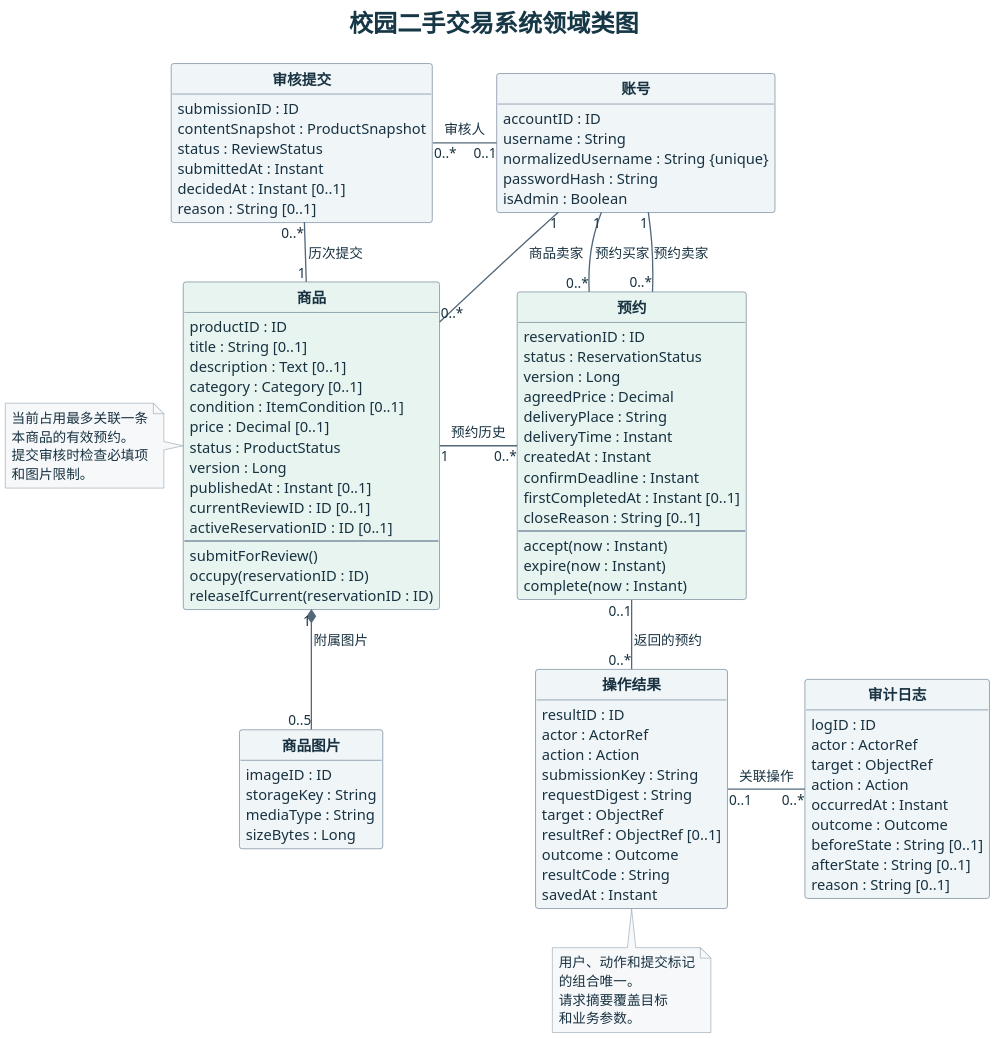
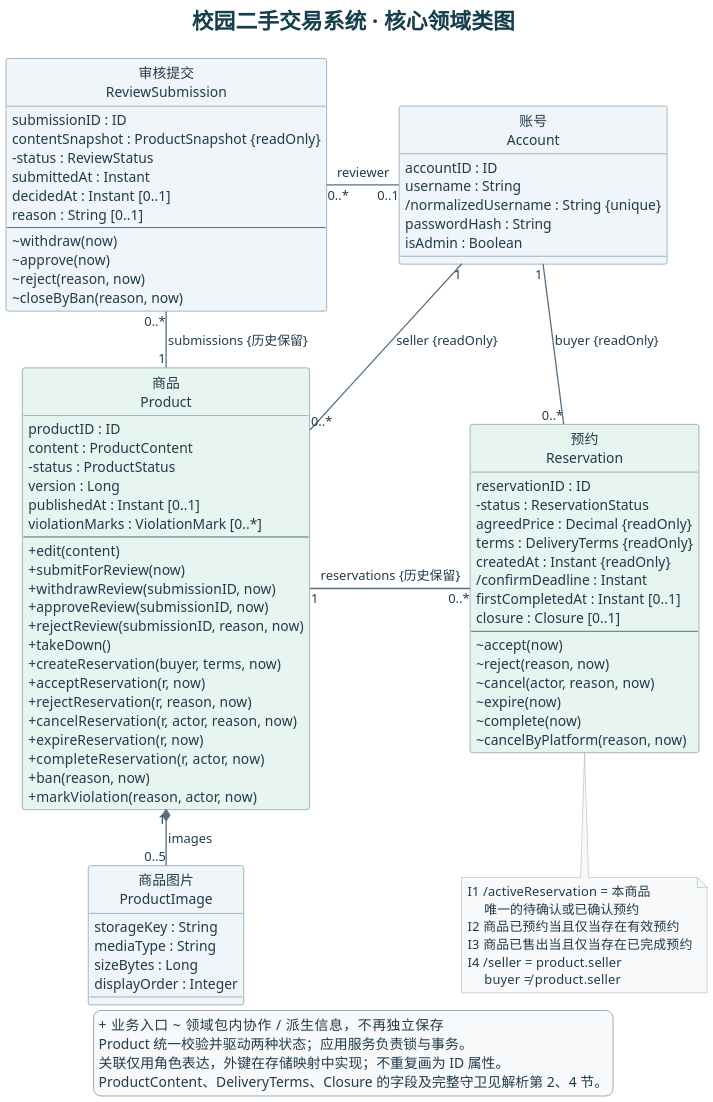
The diagram in 实验二/UML/UML类图.puml (gggggg198/secondhand-trading-software), drawn with PlantUML before and after one commit. The commit also changed 63 other files, not shown here.

```diff
--- a/实验二/UML/UML类图.puml
+++ b/实验二/UML/UML类图.puml
@@ -1,134 +1,124 @@
 @startuml
+
+skinparam dpi 170
+skinparam defaultFontName Microsoft YaHei
+skinparam defaultFontColor #213B4B
+skinparam titleFontColor #163E4C
+skinparam titleFontSize 22
+skinparam shadowing false
+skinparam ArrowColor #567083
+skinparam ArrowThickness 1.3
+skinparam nodesep 36
+skinparam ranksep 38
+skinparam noteBackgroundColor #F7F9FB
+skinparam noteBorderColor #99ABB8
+skinparam noteFontSize 13
+skinparam legendBackgroundColor #F7F9FB
+skinparam legendBorderColor #99ABB8
+
 !pragma layout smetana
-title 校园二手交易系统领域类图
-
 hide circle
-hide empty methods
-skinparam dpi 180
-skinparam defaultFontName Microsoft YaHei
-skinparam defaultFontColor #183241
-skinparam titleFontSize 23
-skinparam shadowing false
-skinparam titleFontColor #153746
-skinparam ArrowThickness 1.25
-skinparam nodesep 36
-skinparam ranksep 40
-skinparam classFontStyle bold
+skinparam classAttributeIconSize 0
+skinparam classBackgroundColor #EFF5F8
+skinparam classBorderColor #507084
 skinparam classFontSize 17
 skinparam classAttributeFontSize 14
 skinparam classArrowFontSize 13
-skinparam ArrowColor #52677A
-skinparam classAttributeIconSize 0
-skinparam classBackgroundColor #F0F5F8
-skinparam classBorderColor #45617A
-skinparam noteBackgroundColor #F6F8FA
-skinparam noteBorderColor #8797A5
 
-class "账号" as Account {
+title 校园二手交易系统 · 核心领域类图
+
+class "账号\nAccount" as Account {
   accountID : ID
   username : String
-  normalizedUsername : String {unique}
+  /normalizedUsername : String {unique}
   passwordHash : String
   isAdmin : Boolean
 }
 
-class "商品" as Product #E7F4EF {
+class "商品\nProduct" as Product #E8F4EF {
   productID : ID
-  title : String [0..1]
-  description : Text [0..1]
-  category : Category [0..1]
-  condition : ItemCondition [0..1]
-  price : Decimal [0..1]
-  status : ProductStatus
+  content : ProductContent
+  -status : ProductStatus
   version : Long
   publishedAt : Instant [0..1]
-  currentReviewID : ID [0..1]
-  activeReservationID : ID [0..1]
+  violationMarks : ViolationMark [0..*]
   --
-  submitForReview()
-  occupy(reservationID : ID)
-  releaseIfCurrent(reservationID : ID)
+  +edit(content)
+  +submitForReview(now)
+  +withdrawReview(submissionID, now)
+  +approveReview(submissionID, now)
+  +rejectReview(submissionID, reason, now)
+  +takeDown()
+  +createReservation(buyer, terms, now)
+  +acceptReservation(r, now)
+  +rejectReservation(r, reason, now)
+  +cancelReservation(r, actor, reason, now)
+  +expireReservation(r, now)
+  +completeReservation(r, actor, now)
+  +ban(reason, now)
+  +markViolation(reason, actor, now)
 }
 
-class "商品图片" as ProductImage {
-  imageID : ID
+class "预约\nReservation" as Reservation #E8F4EF {
+  reservationID : ID
+  -status : ReservationStatus
+  agreedPrice : Decimal {readOnly}
+  terms : DeliveryTerms {readOnly}
+  createdAt : Instant {readOnly}
+  /confirmDeadline : Instant
+  firstCompletedAt : Instant [0..1]
+  closure : Closure [0..1]
+  --
+  ~accept(now)
+  ~reject(reason, now)
+  ~cancel(actor, reason, now)
+  ~expire(now)
+  ~complete(now)
+  ~cancelByPlatform(reason, now)
+}
+
+class "审核提交\nReviewSubmission" as ReviewSubmission {
+  submissionID : ID
+  contentSnapshot : ProductSnapshot {readOnly}
+  -status : ReviewStatus
+  submittedAt : Instant
+  decidedAt : Instant [0..1]
+  reason : String [0..1]
+  --
+  ~withdraw(now)
+  ~approve(now)
+  ~reject(reason, now)
+  ~closeByBan(reason, now)
+}
+
+class "商品图片\nProductImage" as ProductImage {
   storageKey : String
   mediaType : String
   sizeBytes : Long
+  displayOrder : Integer
 }
 
-class "审核提交" as ReviewSubmission {
-  submissionID : ID
-  contentSnapshot : ProductSnapshot
-  status : ReviewStatus
-  submittedAt : Instant
-  decidedAt : Instant [0..1]
-  reason : String [0..1]
-}
+ReviewSubmission "0..*" -right- "0..1" Account : reviewer
+Account "1" -down- "0..*" Product : seller {readOnly}
+Account "1" -down- "0..*" Reservation : buyer {readOnly}
+Product "1" -right- "0..*" Reservation : reservations {历史保留}
+ReviewSubmission "0..*" -down- "1" Product : submissions {历史保留}
+Product "1" *-down- "0..5" ProductImage : images
 
-class "预约" as Reservation #E7F4EF {
-  reservationID : ID
-  status : ReservationStatus
-  version : Long
-  agreedPrice : Decimal
-  deliveryPlace : String
-  deliveryTime : Instant
-  createdAt : Instant
-  confirmDeadline : Instant
-  firstCompletedAt : Instant [0..1]
-  closeReason : String [0..1]
-  --
-  accept(now : Instant)
-  expire(now : Instant)
-  complete(now : Instant)
-}
-
-class "操作结果" as OperationResult {
-  resultID : ID
-  actor : ActorRef
-  action : Action
-  submissionKey : String
-  requestDigest : String
-  target : ObjectRef
-  resultRef : ObjectRef [0..1]
-  outcome : Outcome
-  resultCode : String
-  savedAt : Instant
-}
-
-class "审计日志" as AuditLog {
-  logID : ID
-  actor : ActorRef
-  target : ObjectRef
-  action : Action
-  occurredAt : Instant
-  outcome : Outcome
-  beforeState : String [0..1]
-  afterState : String [0..1]
-  reason : String [0..1]
-}
-
-Account "1" -down- "0..*" Product : 商品卖家
-Account "1" -down- "0..*" Reservation : 预约买家
-Account "1" -- "0..*" Reservation : 预约卖家
-Product "1" -right- "0..*" Reservation : 预约历史
-Product "1" *-down- "0..5" ProductImage : 附属图片
-Product "1" -up- "0..*" ReviewSubmission : 历次提交
-ReviewSubmission "0..*" -right- "0..1" Account : 审核人
-Reservation "0..1" -down- "0..*" OperationResult : 返回的预约
-OperationResult "0..1" -right- "0..*" AuditLog : 关联操作
-
-note left of Product
-  当前占用最多关联一条
-  本商品的有效预约。
-  提交审核时检查必填项
-  和图片限制。
+note bottom of Reservation
+  I1  /activeReservation = 本商品
+       唯一的待确认或已确认预约
+  I2  商品已预约当且仅当存在有效预约
+  I3  商品已售出当且仅当存在已完成预约
+  I4  /seller = product.seller
+       buyer ≠ product.seller
 end note
 
-note bottom of OperationResult
-  用户、动作和提交标记
-  的组合唯一。
-  请求摘要覆盖目标
-  和业务参数。
-end note
+legend bottom
+  + 业务入口   ~ 领域包内协作   / 派生信息，不再独立保存
+  Product 统一校验并驱动两种状态；应用服务负责锁与事务。
+  关联仅用角色表达，外键在存储映射中实现；不重复画为 ID 属性。
+  ProductContent、DeliveryTerms、Closure 的字段及完整守卫见解析第 2、4 节。
+endlegend
+
 @enduml
```
